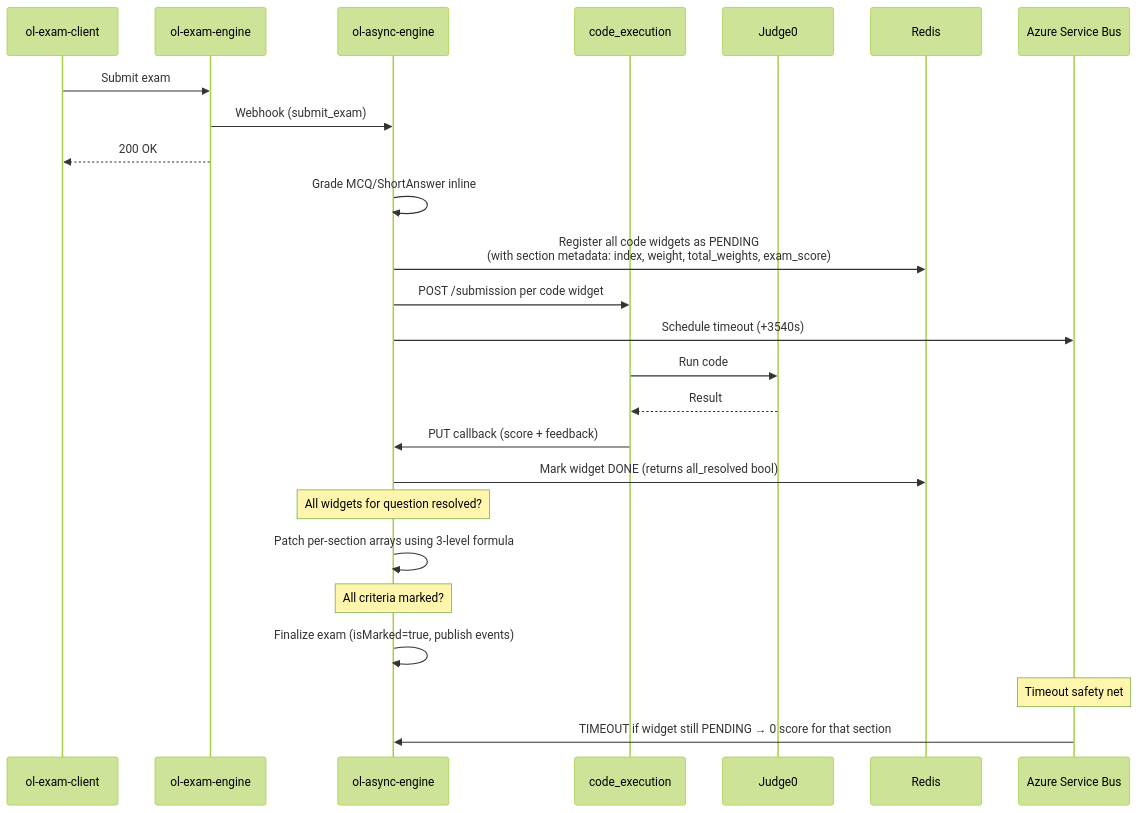
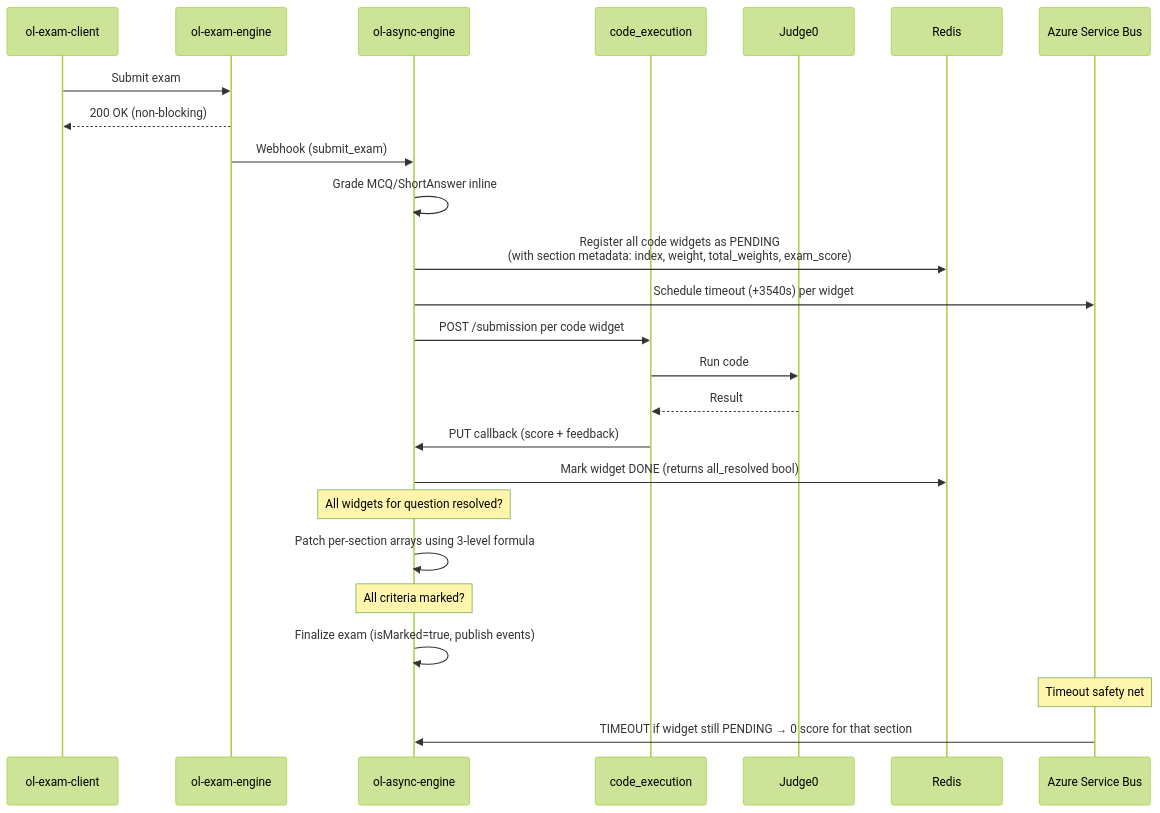
One commit to kevinprakasa/ol-pi-setup changed the first of 2 diagrams in plans/plan.md. Above: the diagram before and after it, drawn with Mermaid (forest theme). The commit also changed other lines of this file and 4 other files, not shown here.

````diff
--- a/plans/plan.md
+++ b/plans/plan.md
@@ -50,32 +51,32 @@
 ```mermaid
 sequenceDiagram
     participant Student as ol-exam-client
     participant ExamEngine as ol-exam-engine
     participant AsyncEngine as ol-async-engine
     participant CodeExec as code_execution
     participant Judge0
     participant Redis
     participant ServiceBus as Azure Service Bus
 
     Student->>ExamEngine: Submit exam
+    ExamEngine-->>Student: 200 OK (non-blocking)
     ExamEngine->>AsyncEngine: Webhook (submit_exam)
-    ExamEngine-->>Student: 200 OK
 
     AsyncEngine->>AsyncEngine: Grade MCQ/ShortAnswer inline
     AsyncEngine->>Redis: Register all code widgets as PENDING<br/>(with section metadata: index, weight, total_weights, exam_score)
+    AsyncEngine->>ServiceBus: Schedule timeout (+3540s) per widget
     AsyncEngine->>CodeExec: POST /submission per code widget
-    AsyncEngine->>ServiceBus: Schedule timeout (+3540s)
 
     CodeExec->>Judge0: Run code
     Judge0-->>CodeExec: Result
     CodeExec->>AsyncEngine: PUT callback (score + feedback)
 
     AsyncEngine->>Redis: Mark widget DONE (returns all_resolved bool)
     Note over AsyncEngine: All widgets for question resolved?
     AsyncEngine->>AsyncEngine: Patch per-section arrays using 3-level formula
     Note over AsyncEngine: All criteria marked?
     AsyncEngine->>AsyncEngine: Finalize exam (isMarked=true, publish events)
 
     Note over ServiceBus: Timeout safety net
     ServiceBus->>AsyncEngine: TIMEOUT if widget still PENDING → 0 score for that section
 ```
````
